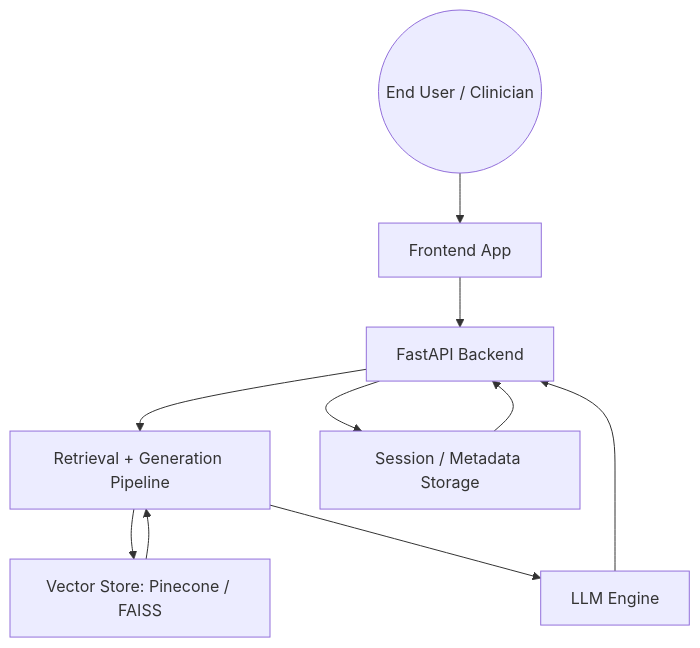
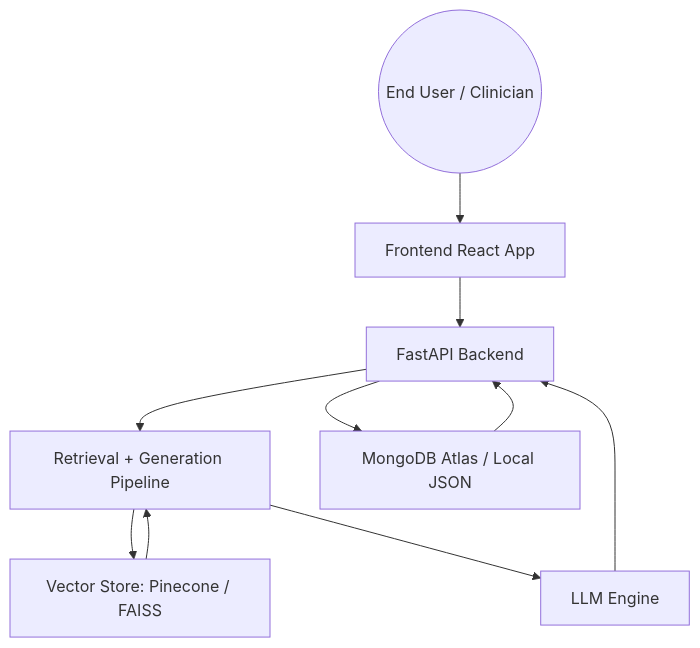
Before and after one commit to Syeed7682/Capstone-Project-C: the first of 7 diagrams in diagram.md, drawn with Mermaid. The commit also changed other lines of this file and 16 other files, not shown here.

Commit message:
feat: Add full-stack MongoDB Atlas integration, Auth, Profile Settings, and Clinical Reports

````diff
--- a/diagram.md
+++ b/diagram.md
@@ -45,20 +49,20 @@
 ```mermaid
 flowchart TB
   User((End User / Clinician))
-  UI[Frontend App]
+  UI[Frontend React App]
   API[FastAPI Backend]
   Pipeline[Retrieval + Generation Pipeline]
-  DB[Session / Metadata Storage]
+  DB[MongoDB Atlas / Local JSON]
   Index[Vector Store: Pinecone / FAISS]
   LLM[LLM Engine]
 
   User --> UI
   UI --> API
   API --> Pipeline
   Pipeline --> Index
   Pipeline --> LLM
   API --> DB
   LLM --> API
   Index --> Pipeline
   DB --> API
 ```
````
